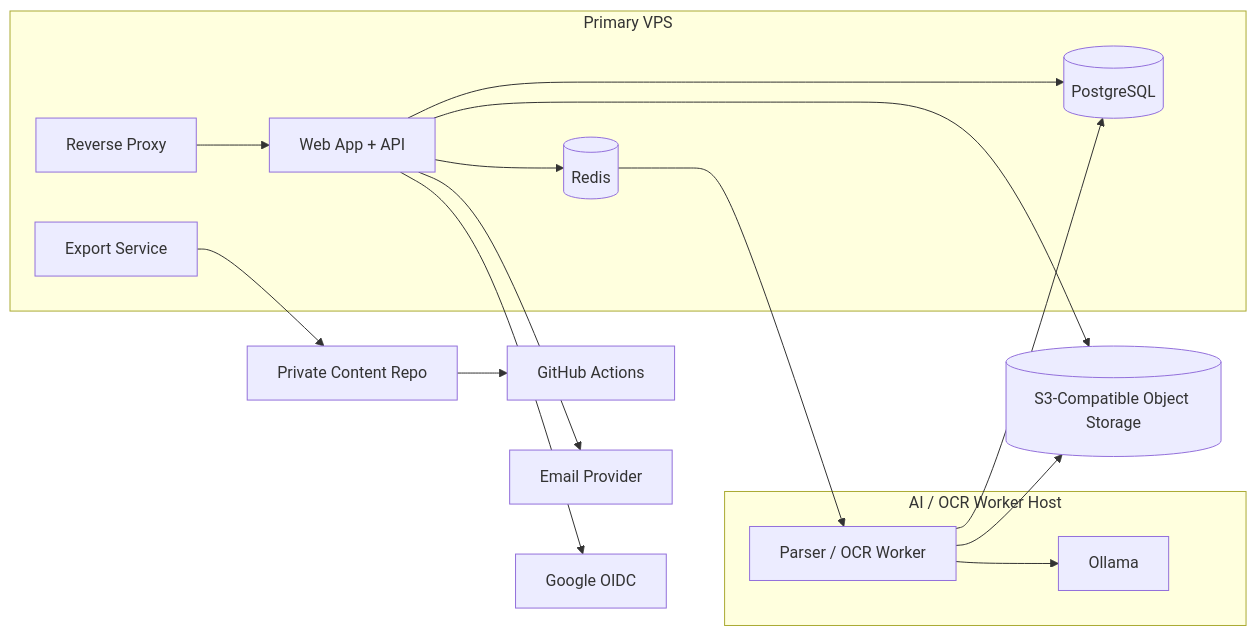
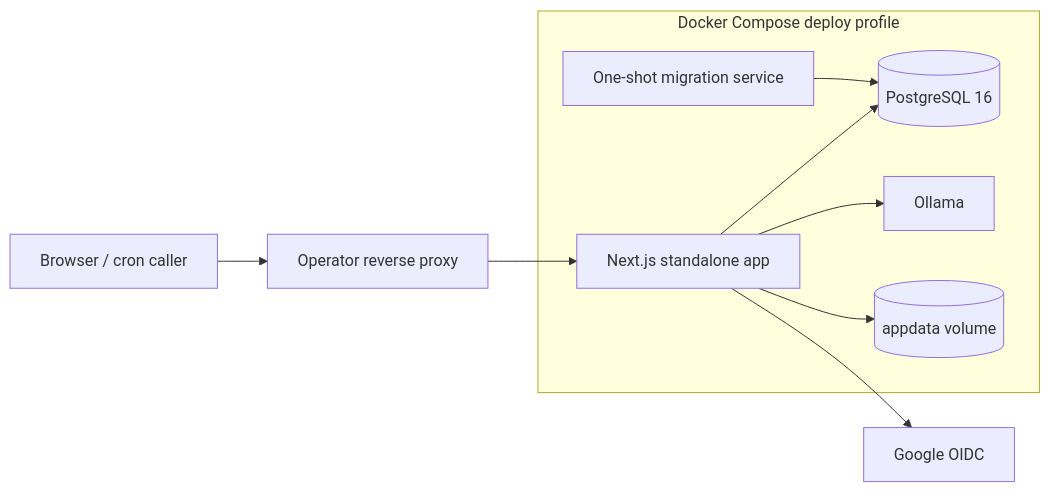
One commit to chicuongwg/WisdomTree changed the diagram in docs/system/deployment-topology.md. Above: the diagram before and after it, drawn with Mermaid. The commit also changed other lines of this file and 73 other files, not shown here.

Commit message:
harden architecture and expand test coverage

````diff
--- a/docs/system/deployment-topology.md
+++ b/docs/system/deployment-topology.md
@@ -37,34 +52,23 @@
 ```mermaid
 flowchart LR
-    subgraph VPS[Primary VPS]
-        Proxy[Reverse Proxy]
-        Web[Web App + API]
-        DB[(PostgreSQL)]
-        Redis[(Redis)]
-        Export[Export Service]
+    Client[Browser / cron caller]
+    Proxy[Operator reverse proxy]
+
+    subgraph Compose[Docker Compose deploy profile]
+        Migrate[One-shot migration service]
+        Web[Next.js standalone app]
+        DB[(PostgreSQL 16)]
+        Ollama[Ollama]
+        AppData[(appdata volume)]
     end
 
-    subgraph WorkerHost[AI / OCR Worker Host]
-        Worker[Parser / OCR Worker]
-        Ollama[Ollama]
-    end
-
-    Store[(S3-Compatible Object Storage)]
-    Repo[Private Content Repo]
-    CI[GitHub Actions]
-    Mail[Email Provider]
     OIDC[Google OIDC]
 
+    Client --> Proxy
     Proxy --> Web
+    Migrate --> DB
     Web --> DB
-    Web --> Redis
-    Web --> Store
-    Redis --> Worker
-    Worker --> Store
-    Worker --> DB
-    Worker --> Ollama
-    Export --> Repo
-    Repo --> CI
-    Web --> Mail
+    Web --> AppData
+    Web --> Ollama
     Web --> OIDC
 ```
````
